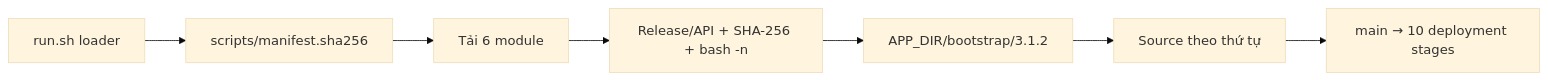
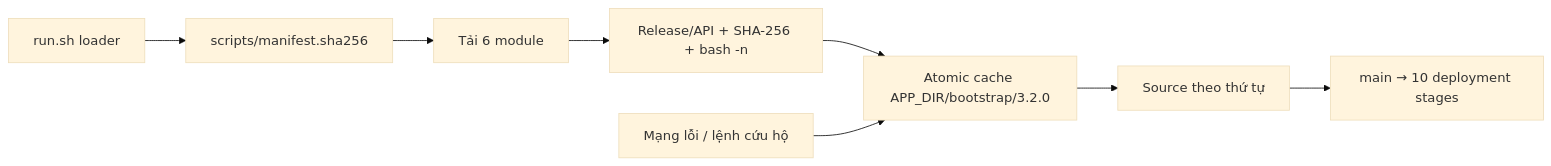
One commit to kuronoFS/KiQuai changed the second of 2 diagrams in TestHash/README.md. Above: the diagram before and after it, drawn with Mermaid (base theme). The commit also changed other lines of this file and 9 other files, not shown here.

````diff
--- a/TestHash/README.md
+++ b/TestHash/README.md
@@ -36,9 +36,10 @@
 ```mermaid
 flowchart LR
     Run["run.sh loader"] --> Manifest["scripts/manifest.sha256"]
     Manifest --> Download["Tải 6 module"]
     Download --> Verify["Release/API + SHA-256 + bash -n"]
-    Verify --> Cache["APP_DIR/bootstrap/3.1.2"]
+    Verify --> Cache["Atomic cache APP_DIR/bootstrap/3.2.0"]
+    Offline["Mạng lỗi / lệnh cứu hộ"] --> Cache
     Cache --> Source["Source theo thứ tự"]
     Source --> Deploy["main → 10 deployment stages"]
 ```
````
